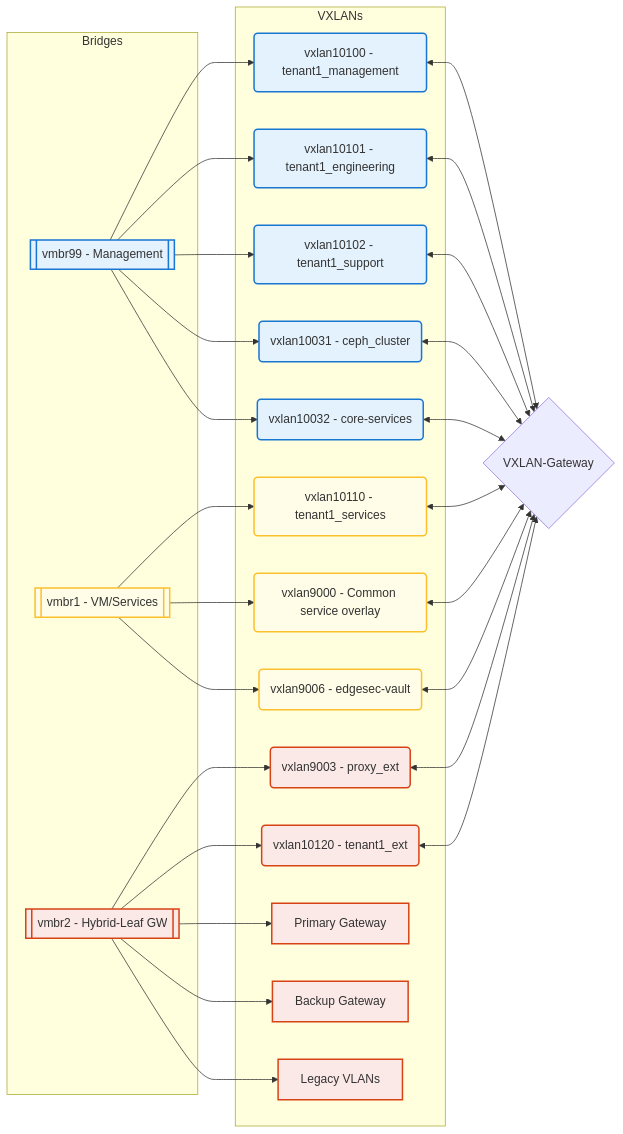
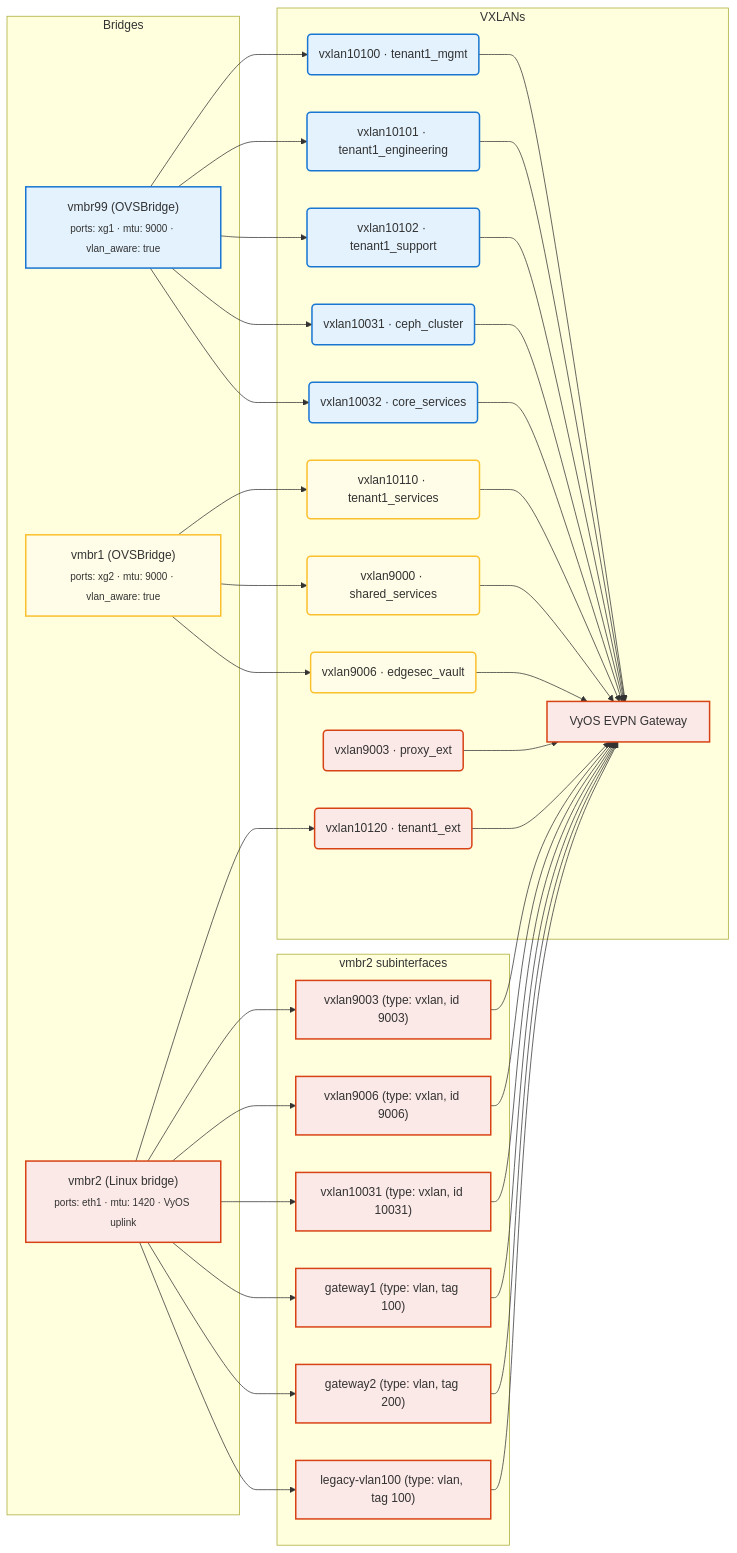
Before and after one commit to CEP-Comwell/proxmox_addons: the first of 5 diagrams in README.md, drawn with Mermaid. The commit also changed 4 other files, not shown here.

Commit message:
updated mermaid diagram and realigned ovs bridge strategy pre-test

````diff
--- a/README.md
+++ b/README.md
@@ -20,55 +20,82 @@
 ```mermaid
 graph LR
+
+%% Inventory-driven bridge definitions (bridges[] in group_vars/host_vars)
 subgraph Bridges
-		MgmtBridge[[vmbr99 - Management]]
-	VMBridge[[vmbr1 - VM/Services]]
-	ExtBridge[[vmbr2 - Hybrid-Leaf GW]]
+	MgmtBridge["vmbr99 (OVSBridge)<br><sub>ports: xg1 · mtu: 9000 · vlan_aware: true</sub>"]
+	VMBridge["vmbr1 (OVSBridge)<br><sub>ports: xg2 · mtu: 9000 · vlan_aware: true</sub>"]
+	ExtBridge["vmbr2 (Linux bridge)<br><sub>ports: eth1 · mtu: 1420 · VyOS uplink</sub>"]
 end
+
+%% VLAN/VXLAN attachments realized via subinterfaces on vmbr2
+subgraph vmbr2_subinterfaces[vmbr2 subinterfaces]
+	Gateway1["gateway1 (type: vlan, tag 100)"]
+	Gateway2["gateway2 (type: vlan, tag 200)"]
+	LegacyVLAN["legacy-vlan100 (type: vlan, tag 100)"]
+	VX10031Ifc["vxlan10031 (type: vxlan, id 10031)"]
+	VX9003Ifc["vxlan9003 (type: vxlan, id 9003)"]
+	VX9006Ifc["vxlan9006 (type: vxlan, id 9006)"]
+end
+
+%% Overlay VNIs consumed by SDN fabric (sdn_vni_plan)
 subgraph VXLANs
-	VX10100(vxlan10100 - tenant1_management)
-	VX10101(vxlan10101 - tenant1_engineering)
-	VX10102(vxlan10102 - tenant1_support)
-	VXCEPH2(vxlan10031 - ceph_cluster)
-	VX10032(vxlan10032 - core-services)
-	VX10110(vxlan10110 - tenant1_services)
-	VX9000(vxlan9000 - Common service overlay)
-	VX9006(vxlan9006 - edgesec-vault)
-	VX9003(vxlan9003 - proxy_ext)
-	VX10120(vxlan10120 - tenant1_ext)
-	Gateway1[Primary Gateway]
-	Gateway2[Backup Gateway]
-	LegacyVLAN[Legacy VLANs]
+	VX10100(vxlan10100 · tenant1_mgmt)
+	VX10101(vxlan10101 · tenant1_engineering)
+	VX10102(vxlan10102 · tenant1_support)
+	VX10031(vxlan10031 · ceph_cluster)
+	VX10032(vxlan10032 · core_services)
+	VX10110(vxlan10110 · tenant1_services)
+	VX9000(vxlan9000 · shared_services)
+	VX9006(vxlan9006 · edgesec_vault)
+	VX9003(vxlan9003 · proxy_ext)
+	VX10120(vxlan10120 · tenant1_ext)
+	VyOSGW[VyOS EVPN Gateway]
 end
-VXLANGW{VXLAN-Gateway}
+
+%% Bridge to VNI relationships
 MgmtBridge --> VX10100
 MgmtBridge --> VX10101
 MgmtBridge --> VX10102
-MgmtBridge --> VXCEPH2
+MgmtBridge --> VX10031
 MgmtBridge --> VX10032
+
 VMBridge --> VX10110
 VMBridge --> VX9000
 VMBridge --> VX9006
-ExtBridge --> VX9003
+
 ExtBridge --> VX10120
+ExtBridge --> VX9003Ifc
+ExtBridge --> VX9006Ifc
+ExtBridge --> VX10031Ifc
 ExtBridge --> Gateway1
 ExtBridge --> Gateway2
 ExtBridge --> LegacyVLAN
-VX10100 <--> VXLANGW
-VX10101 <--> VXLANGW
-VX10102 <--> VXLANGW
-VX10110 <--> VXLANGW
-VX9000 <--> VXLANGW
-VX9006 <--> VXLANGW
-VX9003 <--> VXLANGW
-VX10120 <--> VXLANGW
-VXCEPH2 <--> VXLANGW
-VX10032 <--> VXLANGW
+
+%% vmbr2 subinterfaces feeding VyOS / SDN fabric
+Gateway1 --> VyOSGW
+Gateway2 --> VyOSGW
+LegacyVLAN --> VyOSGW
+VX10031Ifc --> VyOSGW
+VX9003Ifc --> VyOSGW
+VX9006Ifc --> VyOSGW
+
+%% SDN fabric VNIs terminate on VyOS as the EVPN gateway
+VX10100 --> VyOSGW
+VX10101 --> VyOSGW
+VX10102 --> VyOSGW
+VX10110 --> VyOSGW
+VX9000 --> VyOSGW
+VX9006 --> VyOSGW
+VX9003 --> VyOSGW
+VX10120 --> VyOSGW
+VX10031 --> VyOSGW
+VX10032 --> VyOSGW
 
 %% Color coding
 classDef mgmt fill:#e3f2fd,stroke:#1976d2,stroke-width:2px;
 classDef vm fill:#fffde7,stroke:#fbc02d,stroke-width:2px;
 classDef ext fill:#fbe9e7,stroke:#d84315,stroke-width:2px;
-class MgmtBridge,VX10100,VX10101,VX10102,VXCEPH2,VX10032 mgmt;
+class MgmtBridge,VX10100,VX10101,VX10102,VX10031,VX10032 mgmt;
 class VMBridge,VX10110,VX9000,VX9006 vm;
-class ExtBridge,Gateway1,Gateway2,LegacyVLAN,VX9003,VX10120 ext;
+class ExtBridge,Gateway1,Gateway2,LegacyVLAN,VX10031Ifc,VX9003Ifc,VX9006Ifc,VX9003,VX10120,VyOSGW ext;
 ```
````
